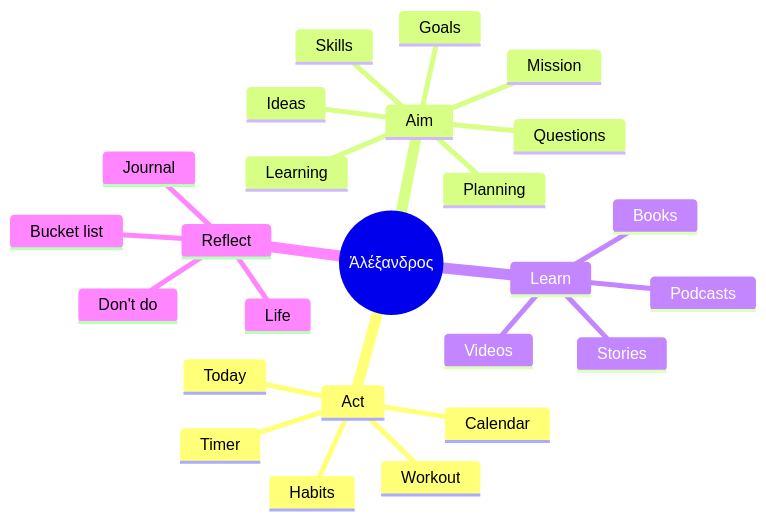
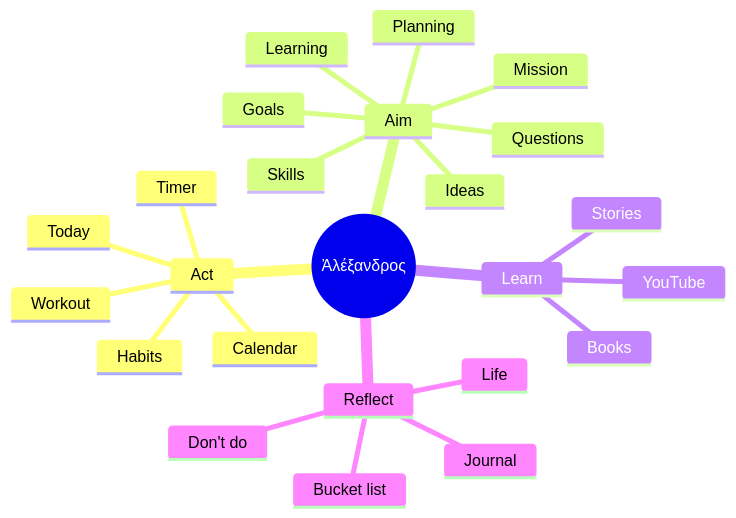
One commit to Happysingh1062003/alexender changed the first of 12 diagrams in README.md. Above: the diagram before and after it, drawn with Mermaid. The commit also changed other lines of this file and 14 other files, not shown here.

First line of the commit message:
One YouTube section: videos, playlists and podcasts

````diff
--- a/README.md
+++ b/README.md
@@ -74,28 +74,27 @@
 ```mermaid
 mindmap
   root((Ἀλέξανδρος))
     Act
       Today
       Habits
       Workout
       Timer
       Calendar
     Aim
       Mission
       Goals
       Skills
       Learning
       Questions
       Planning
       Ideas
     Learn
       Books
-      Videos
-      Podcasts
+      YouTube
       Stories
     Reflect
       Journal
       Life
       Bucket list
       Don't do
 ```
````
